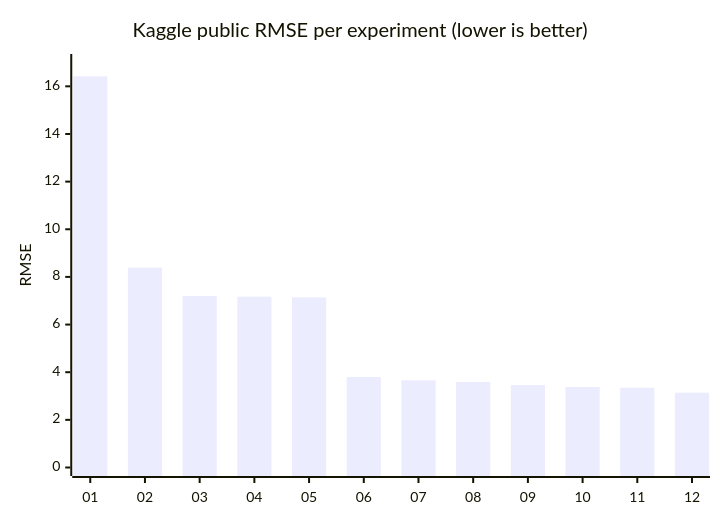
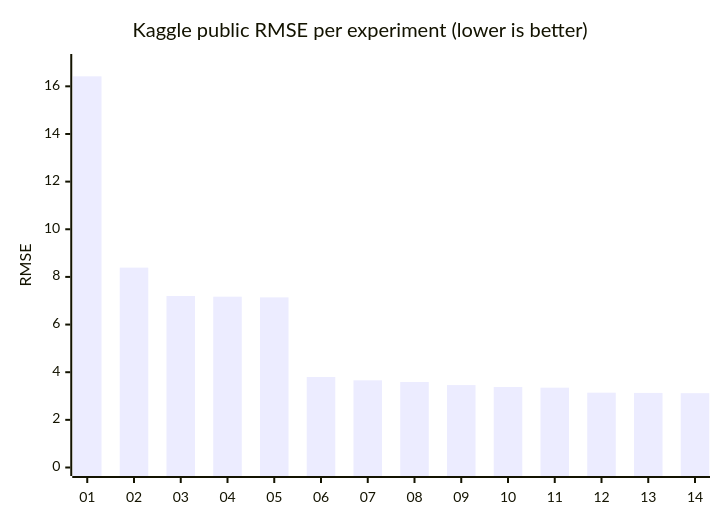
One commit to MadeleineAhmed/IBMHackathonGroup1 changed the first of 2 diagrams in METHODOLOGY.md. Above: the diagram before and after it, drawn with Mermaid. The commit also changed other lines of this file and 4 other files, not shown here.

````diff
--- a/METHODOLOGY.md
+++ b/METHODOLOGY.md
@@ -83,7 +83,7 @@
 ```mermaid
 xychart-beta
     title "Kaggle public RMSE per experiment (lower is better)"
-    x-axis ["01", "02", "03", "04", "05", "06", "07", "08", "09", "10", "11", "12"]
+    x-axis ["01", "02", "03", "04", "05", "06", "07", "08", "09", "10", "11", "12", "13", "14"]
     y-axis "RMSE" 0 --> 17
-    bar [16.42, 8.39, 7.20, 7.17, 7.14, 3.80, 3.66, 3.59, 3.46, 3.38, 3.35, 3.14]
+    bar [16.42, 8.39, 7.20, 7.17, 7.14, 3.80, 3.66, 3.59, 3.46, 3.38, 3.35, 3.14, 3.13, 3.12]
 ```
````
